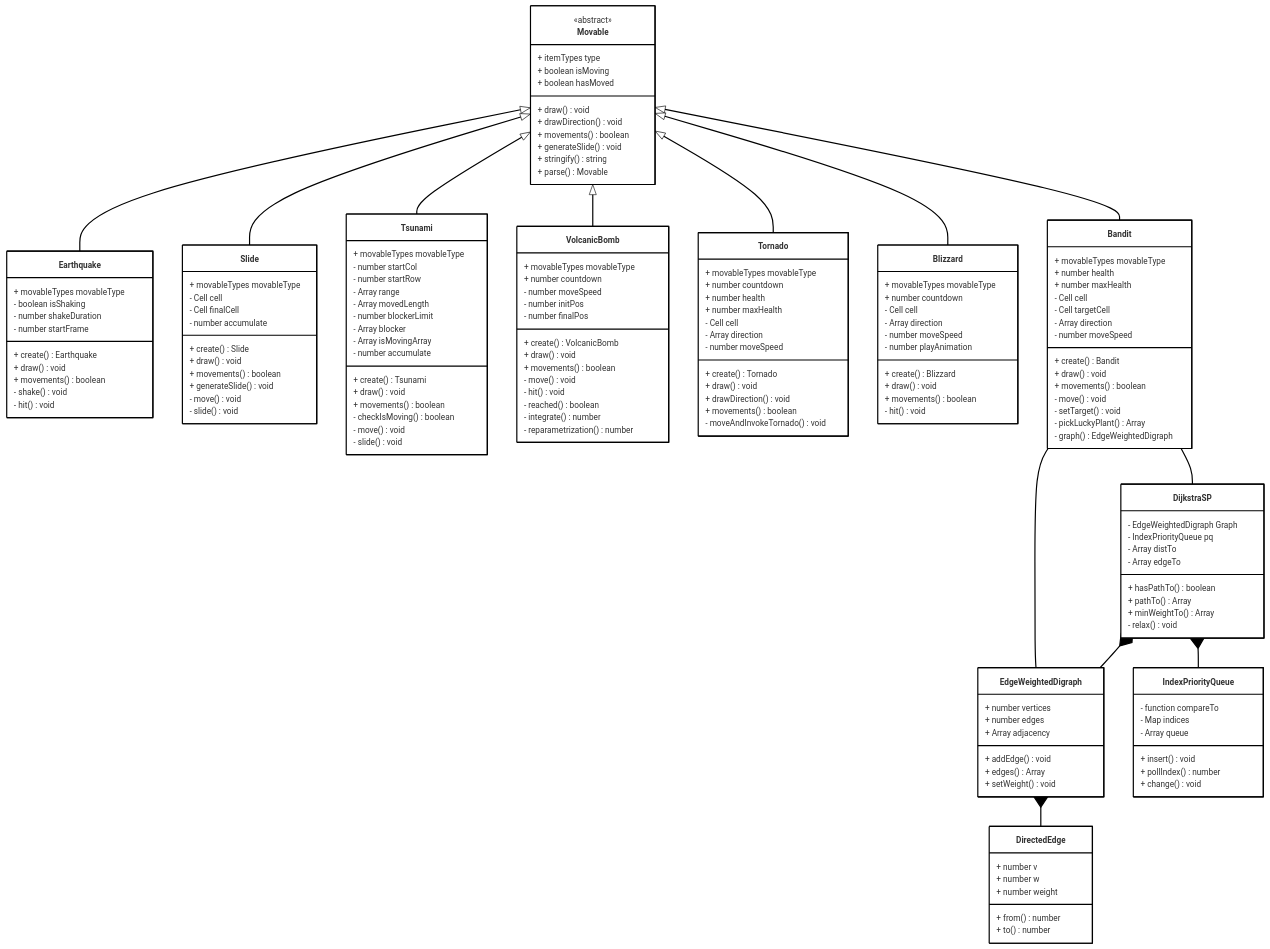
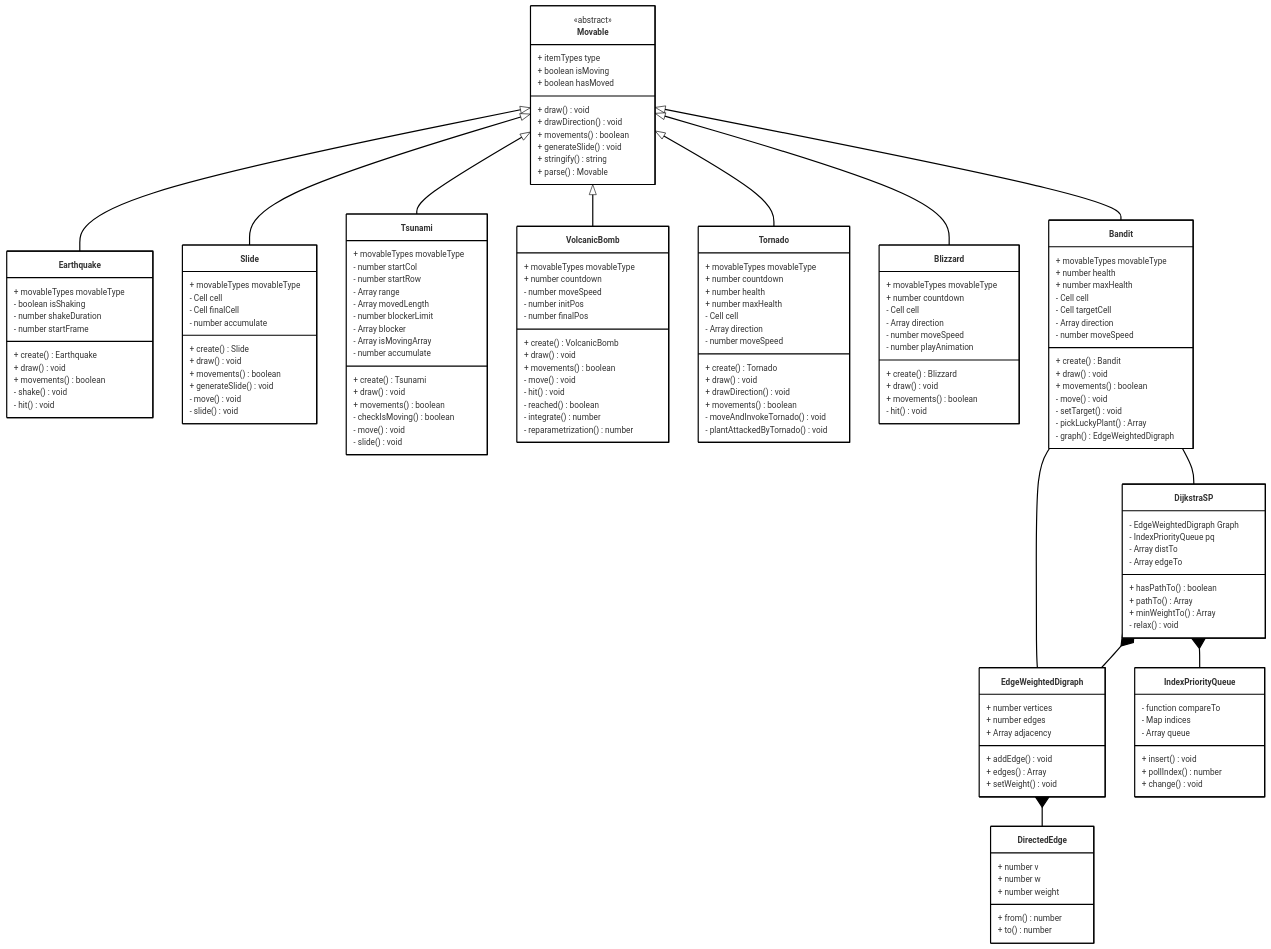
Before and after one commit to UoB-COMSM0166/2025-group-12: the third of 7 diagrams in README.md, drawn with Mermaid.

```diff
--- a/README.md
+++ b/README.md
@@ -397,6 +397,7 @@
         + drawDirection() void
 	    + movements() boolean
         - moveAndInvokeTornado() void
+	- plantAttackedByTornado() void
     }
     class Blizzard {
 	   + movableTypes movableType
```
